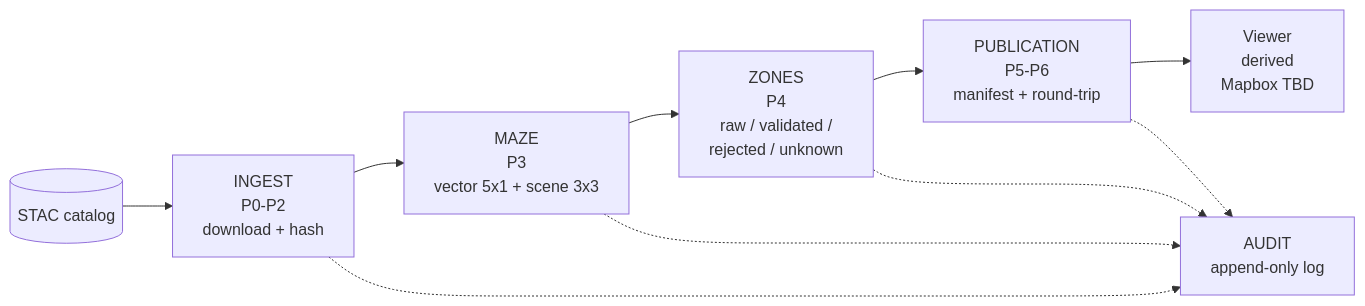
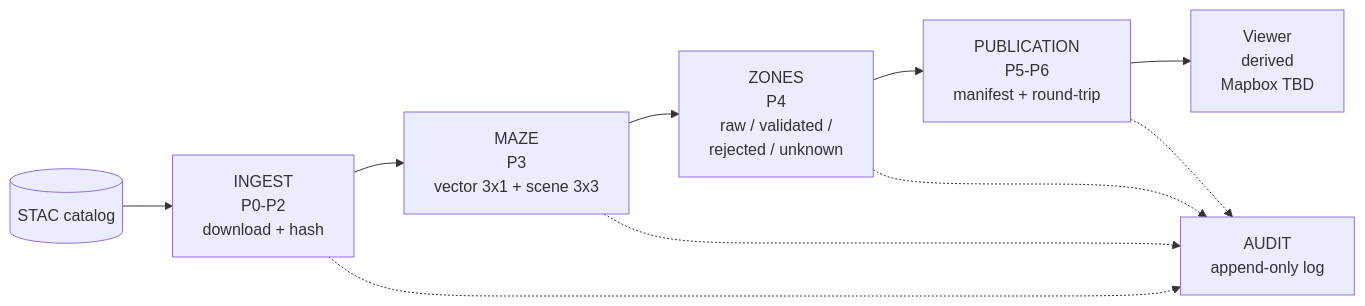
One commit to racosta-data/lots-twin changed the first of 8 diagrams in docs/maze-flow.md. Above: the diagram before and after it, drawn with Mermaid. The commit also changed other lines of this file and 2 other files, not shown here.

````diff
--- a/docs/maze-flow.md
+++ b/docs/maze-flow.md
@@ -30,12 +30,12 @@
 ```mermaid
 flowchart LR
   STAC[(STAC catalog)] --> ING[INGEST<br/>P0-P2<br/>download + hash]
-  ING --> MAZE[MAZE<br/>P3<br/>vector 5x1 + scene 3x3]
+  ING --> MAZE[MAZE<br/>P3<br/>vector 3x1 + scene 3x3]
   MAZE --> ZONES[ZONES<br/>P4<br/>raw / validated /<br/>rejected / unknown]
   ZONES --> PUB[PUBLICATION<br/>P5-P6<br/>manifest + round-trip]
   PUB --> VIEW[Viewer<br/>derived<br/>Mapbox TBD]
   ING -.-> AUDIT[AUDIT<br/>append-only log]
   MAZE -.-> AUDIT
   ZONES -.-> AUDIT
   PUB -.-> AUDIT
 ```
````
